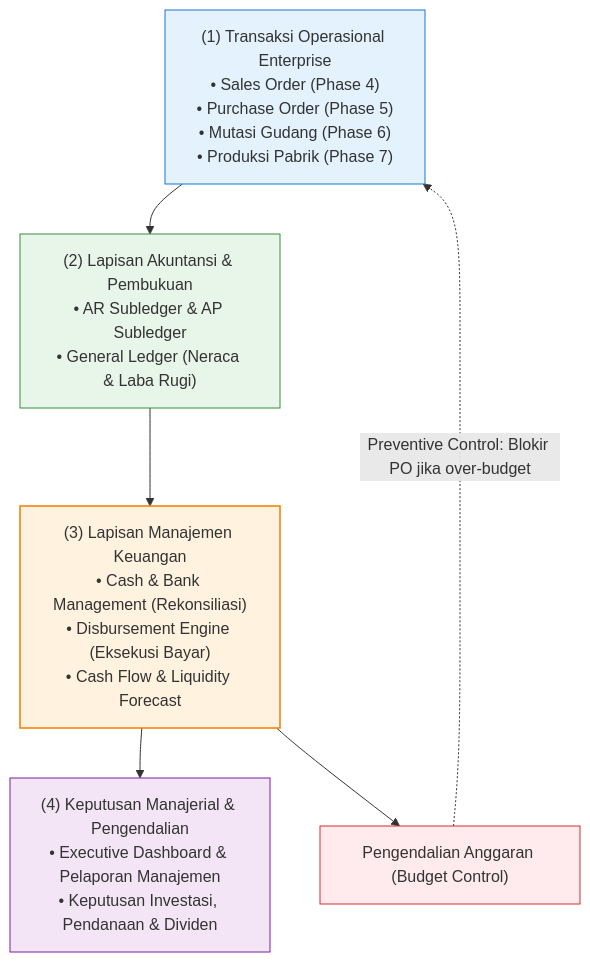
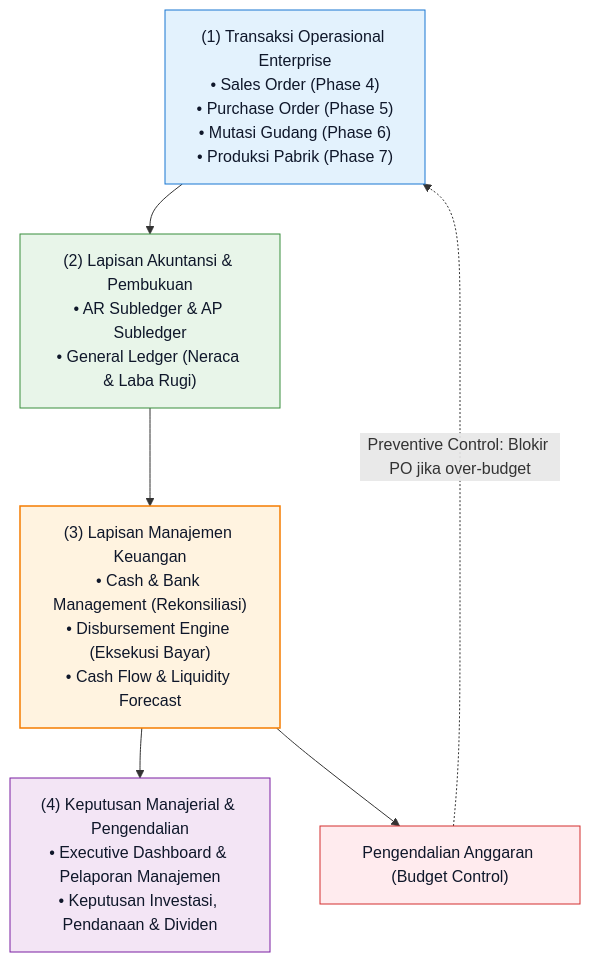
One commit to alimurrofid/erp-notes changed the second of 2 diagrams in content/07-finance/finance-fundamentals.md. Above: the diagram before and after it, drawn with Mermaid. The commit also changed 15 other files, not shown here.

Commit message:
fix(content):Mermaid classDef darkmode text color

````diff
--- a/content/07-finance/finance-fundamentals.md
+++ b/content/07-finance/finance-fundamentals.md
@@ -62,28 +62,28 @@
 ```mermaid
 flowchart TD
     Ops["(1) Transaksi Operasional Enterprise<br/>• Sales Order (Phase 4)<br/>• Purchase Order (Phase 5)<br/>• Mutasi Gudang (Phase 6)<br/>• Produksi Pabrik (Phase 7)"]
     Acc["(2) Lapisan Akuntansi & Pembukuan<br/>• AR Subledger & AP Subledger<br/>• General Ledger (Neraca & Laba Rugi)"]
     Fin["(3) Lapisan Manajemen Keuangan<br/>• Cash & Bank Management (Rekonsiliasi)<br/>• Disbursement Engine (Eksekusi Bayar)<br/>• Cash Flow & Liquidity Forecast"]
     Exec["(4) Keputusan Manajerial & Pengendalian<br/>• Executive Dashboard & Pelaporan Manajemen<br/>• Keputusan Investasi, Pendanaan & Dividen"]
 
     BudgetCtrl["Pengendalian Anggaran (Budget Control)"]
 
     Ops --> Acc
     Acc --> Fin
     Fin --> Exec
     
     Fin --> BudgetCtrl
     BudgetCtrl -.->|"Preventive Control: Blokir PO jika over-budget"| Ops
 
-    classDef ops fill:#e3f2fd,stroke:#1976d2,stroke-width:1px;
-    classDef acc fill:#e8f5e9,stroke:#388e3c,stroke-width:1px;
-    classDef fin fill:#fff3e0,stroke:#f57c00,stroke-width:1.5px;
-    classDef exec fill:#f3e5f5,stroke:#7b1fa2,stroke-width:1px;
-    classDef ctrl fill:#ffebee,stroke:#d32f2f,stroke-width:1px;
+    classDef ops fill:#e3f2fd,stroke:#1976d2,stroke-width:1px,color:#0f172a;
+    classDef acc fill:#e8f5e9,stroke:#388e3c,stroke-width:1px,color:#0f172a;
+    classDef fin fill:#fff3e0,stroke:#f57c00,stroke-width:1.5px,color:#0f172a;
+    classDef exec fill:#f3e5f5,stroke:#7b1fa2,stroke-width:1px,color:#0f172a;
+    classDef ctrl fill:#ffebee,stroke:#d32f2f,stroke-width:1px,color:#0f172a;
 
     class Ops ops;
     class Acc acc;
     class Fin fin;
     class Exec exec;
     class BudgetCtrl ctrl;
 ```
````
